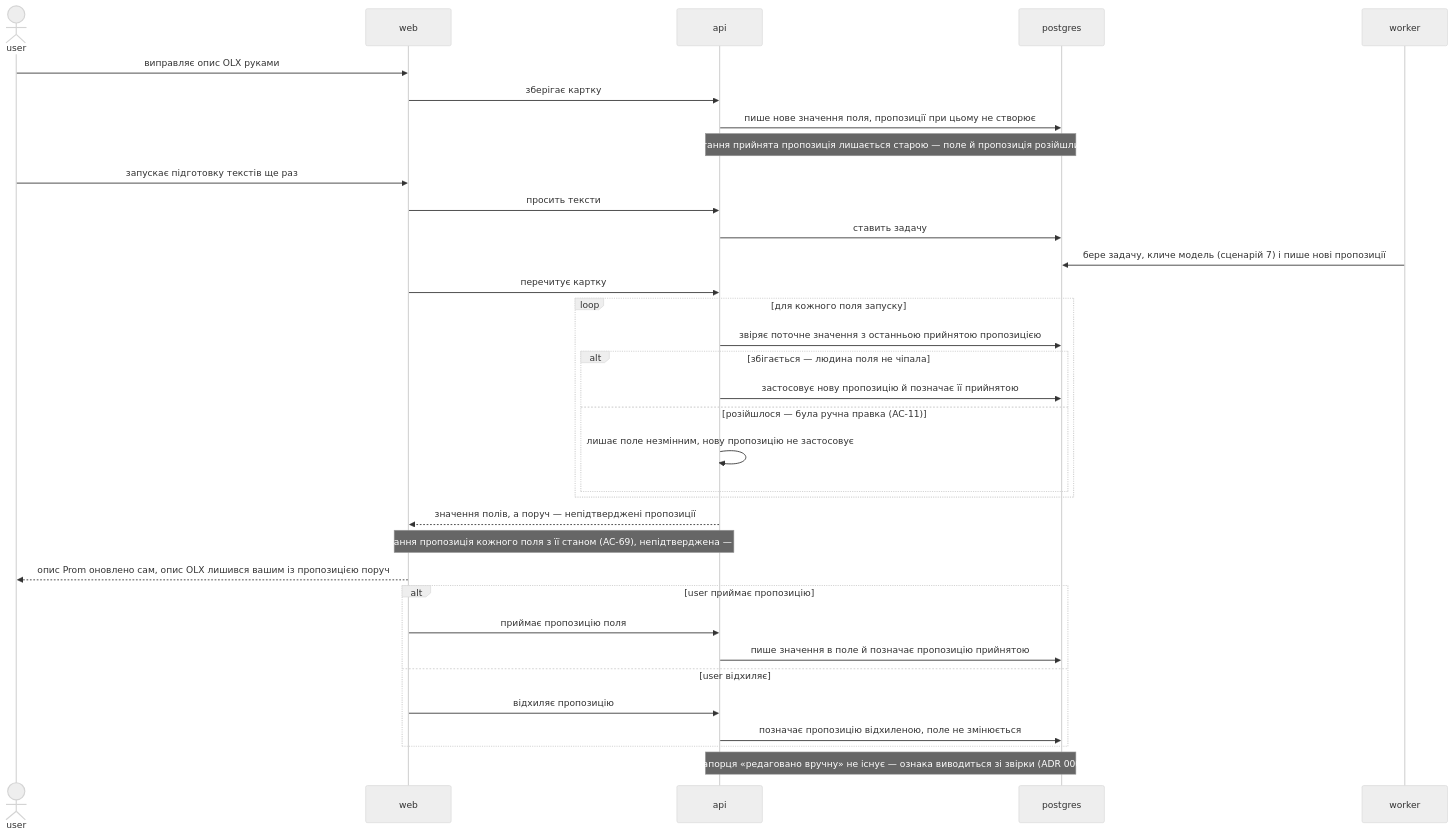
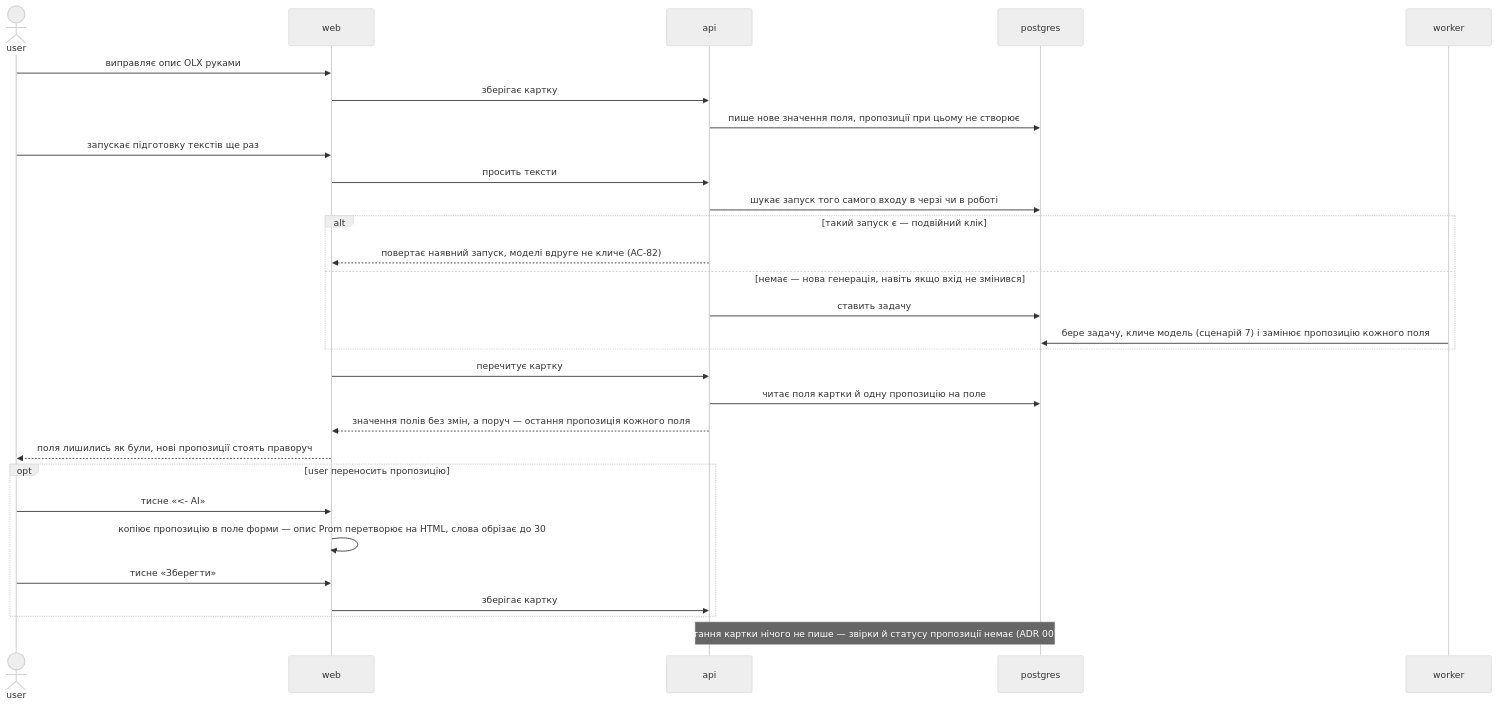
Before and after one commit to sergy-litkovskiy/mouse-springconsult: diagram 11 of 12 in docs/features/product-creation-flow/sad.md, drawn with Mermaid (neutral theme). The commit also changed other lines of this file and 27 other files, not shown here.

First line of the commit message:
docs(product-creation-flow): keep one latest suggestion per field

````diff
--- a/docs/features/product-creation-flow/sad.md
+++ b/docs/features/product-creation-flow/sad.md
@@ -725,37 +734,32 @@
 ```mermaid
 sequenceDiagram
     actor user
     participant web
     participant api
     participant pg as postgres
     participant worker
 
     user->>web: виправляє опис OLX руками
     web->>api: зберігає картку
     api->>pg: пише нове значення поля, пропозиції при цьому не створює
-    Note over api,pg: остання прийнята пропозиція лишається старою — поле й пропозиція розійшлися
     user->>web: запускає підготовку текстів ще раз
     web->>api: просить тексти
-    api->>pg: ставить задачу
-    worker->>pg: бере задачу, кличе модель (сценарій 7) і пише нові пропозиції
+    api->>pg: шукає запуск того самого входу в черзі чи в роботі
+    alt такий запуск є — подвійний клік
+        api-->>web: повертає наявний запуск, моделі вдруге не кличе (AC-82)
+    else немає — нова генерація, навіть якщо вхід не змінився
+        api->>pg: ставить задачу
+        worker->>pg: бере задачу, кличе модель (сценарій 7) і замінює пропозицію кожного поля
+    end
     web->>api: перечитує картку
-    loop для кожного поля запуску
-        api->>pg: звіряє поточне значення з останньою прийнятою пропозицією
-        alt збігається — людина поля не чіпала
-            api->>pg: застосовує нову пропозицію й позначає її прийнятою
-        else розійшлося — була ручна правка (AC-11)
-            api->>api: лишає поле незмінним, нову пропозицію не застосовує
-        end
+    api->>pg: читає поля картки й одну пропозицію на поле
+    api-->>web: значення полів без змін, а поруч — остання пропозиція кожного поля
+    web-->>user: поля лишились як були, нові пропозиції стоять праворуч
+    opt user переносить пропозицію
+        user->>web: тисне «<- AI»
+        web->>web: копіює пропозицію в поле форми — опис Prom перетворює на HTML, слова обрізає до 30
+        user->>web: тисне «Зберегти»
+        web->>api: зберігає картку
     end
-    api-->>web: значення полів, а поруч — непідтверджені пропозиції
-    Note over web,api: з T74 поруч стоїть остання пропозиція кожного поля з її станом (AC-69), непідтверджена — та, що з resolution null
-    web-->>user: опис Prom оновлено сам, опис OLX лишився вашим із пропозицією поруч
-    alt user приймає пропозицію
-        web->>api: приймає пропозицію поля
-        api->>pg: пише значення в поле й позначає пропозицію прийнятою
-    else user відхиляє
-        web->>api: відхиляє пропозицію
-        api->>pg: позначає пропозицію відхиленою, поле не змінюється
-    end
-    Note over api,pg: прапорця «редаговано вручну» не існує — ознака виводиться зі звірки (ADR 0006)
+    Note over api,pg: читання картки нічого не пише — звірки й статусу пропозиції немає (ADR 0017)
 ```
````
